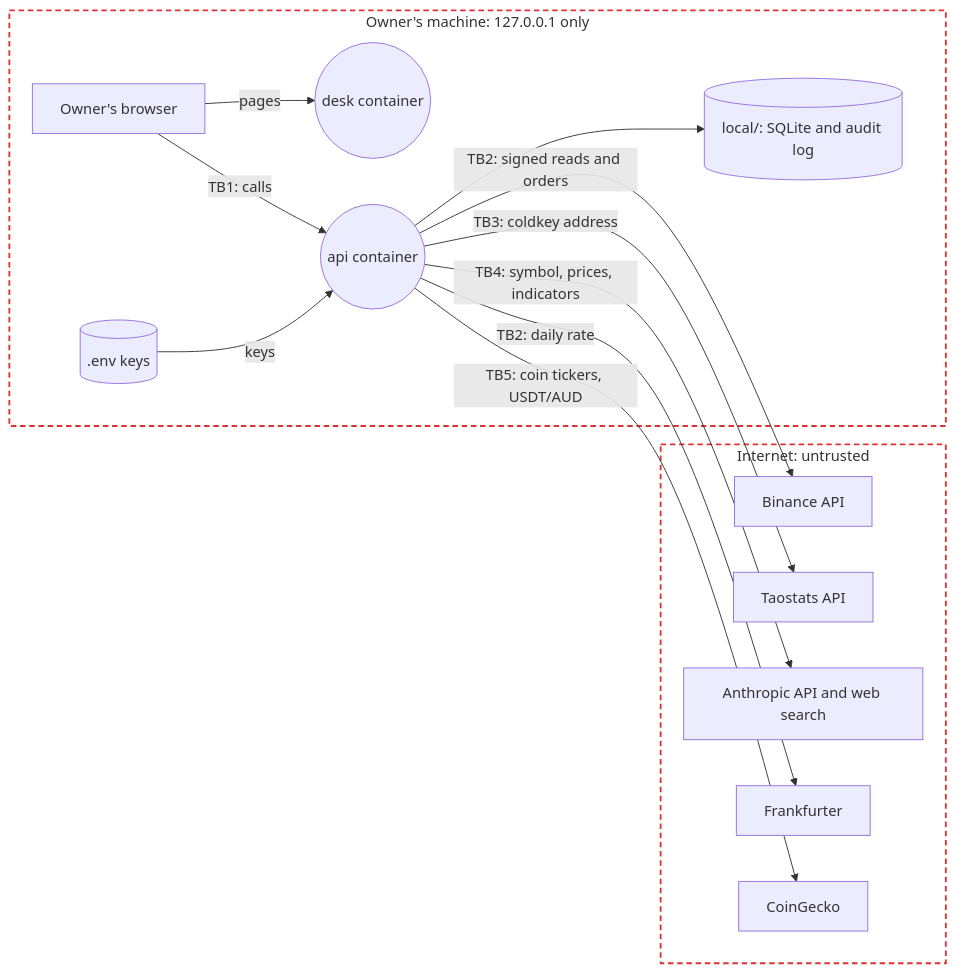
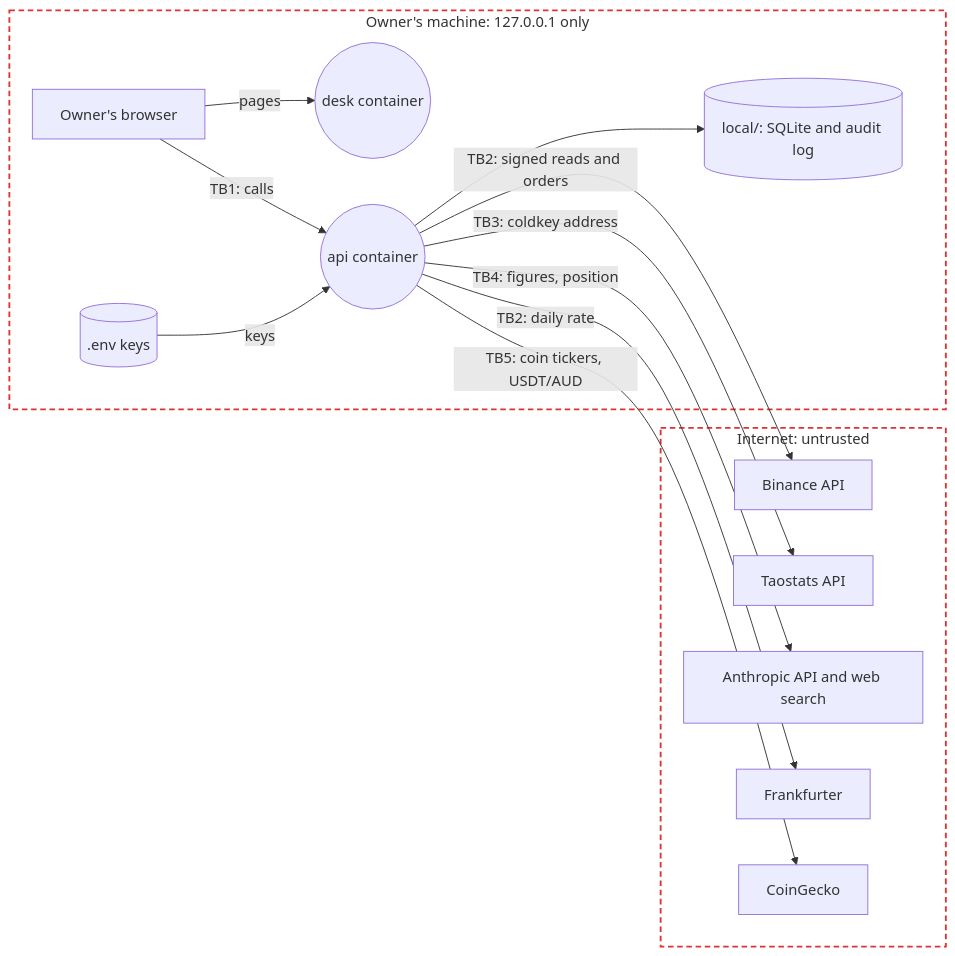
Before and after one commit to euginevd/trading-desk: the diagram in docs/threat-model.md, drawn with Mermaid. The commit also changed other lines of this file and 13 other files, not shown here.

````diff
--- a/docs/threat-model.md
+++ b/docs/threat-model.md
@@ -7,28 +7,28 @@
 ```mermaid
 flowchart LR
   subgraph machine ["Owner's machine: 127.0.0.1 only"]
     owner[Owner's browser]
     web((desk container))
     api((api container))
     env[(.env keys)]
     db[(local/: SQLite and audit log)]
   end
   subgraph internet ["Internet: untrusted"]
     binance[Binance API]
     taostats[Taostats API]
     anthropic[Anthropic API and web search]
     fx[Frankfurter]
     gecko[CoinGecko]
   end
   owner -- "pages" --> web
   owner -- "TB1: calls" --> api
   env -- "keys" --> api
   api --> db
   api -- "TB2: signed reads and orders" --> binance
   api -- "TB3: coldkey address" --> taostats
-  api -- "TB4: symbol, prices, indicators" --> anthropic
+  api -- "TB4: figures, position" --> anthropic
   api -- "TB2: daily rate" --> fx
   api -- "TB5: coin tickers, USDT/AUD" --> gecko
   classDef boundary fill:none,stroke:#d33,stroke-width:2px,stroke-dasharray:6 4
   class internet,machine boundary
 ```
````
